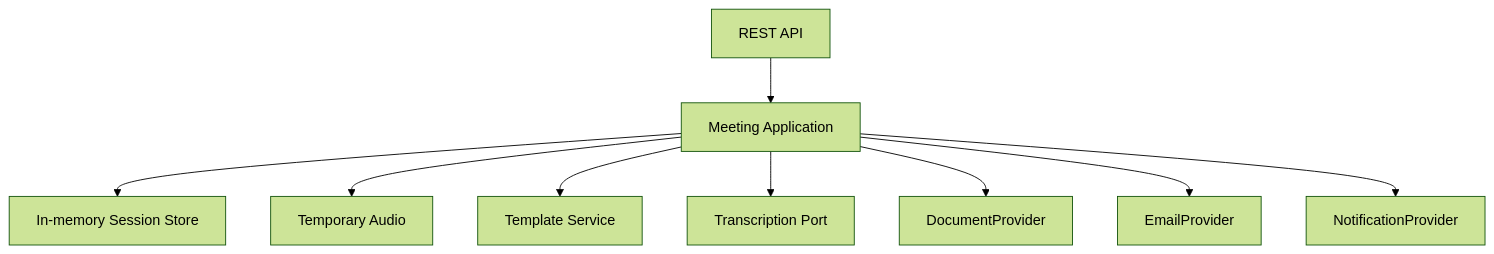
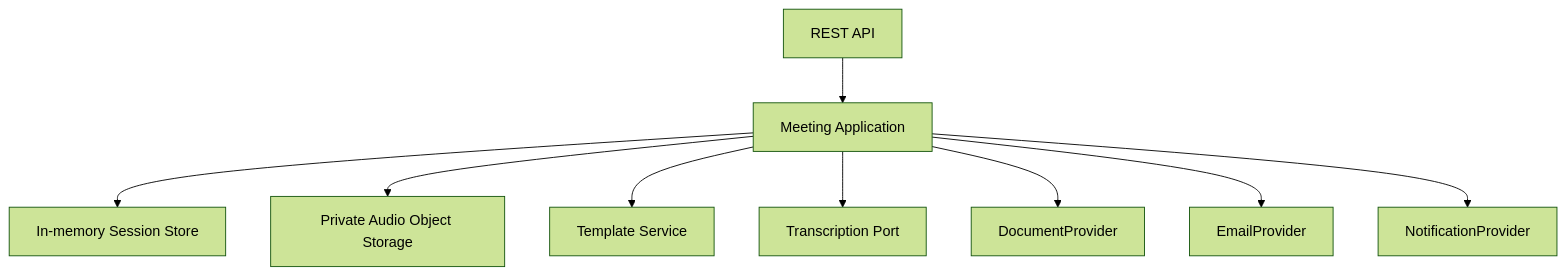
The sixth of 7 diagrams in docs/product/PRD.md (donghyunlee-dev/meeting-automation), drawn with Mermaid (forest theme) before and after one commit. The commit also changed other lines of this file and 11 other files, not shown here.

````diff
--- a/docs/product/PRD.md
+++ b/docs/product/PRD.md
@@ -485,21 +487,21 @@
 ``` mermaid
 flowchart TB
     API[REST API]
     APP[Meeting Application]
     SES[In-memory Session Store]
-    AUD[Temporary Audio]
+    AUD[Private Audio Object Storage]
     TMP[Template Service]
     STT[Transcription Port]
     DOC[DocumentProvider]
     MAIL[EmailProvider]
     NOTI[NotificationProvider]
 
     API --> APP
     APP --> SES
     APP --> AUD
     APP --> TMP
     APP --> STT
     APP --> DOC
     APP --> MAIL
     APP --> NOTI
 ```
````
